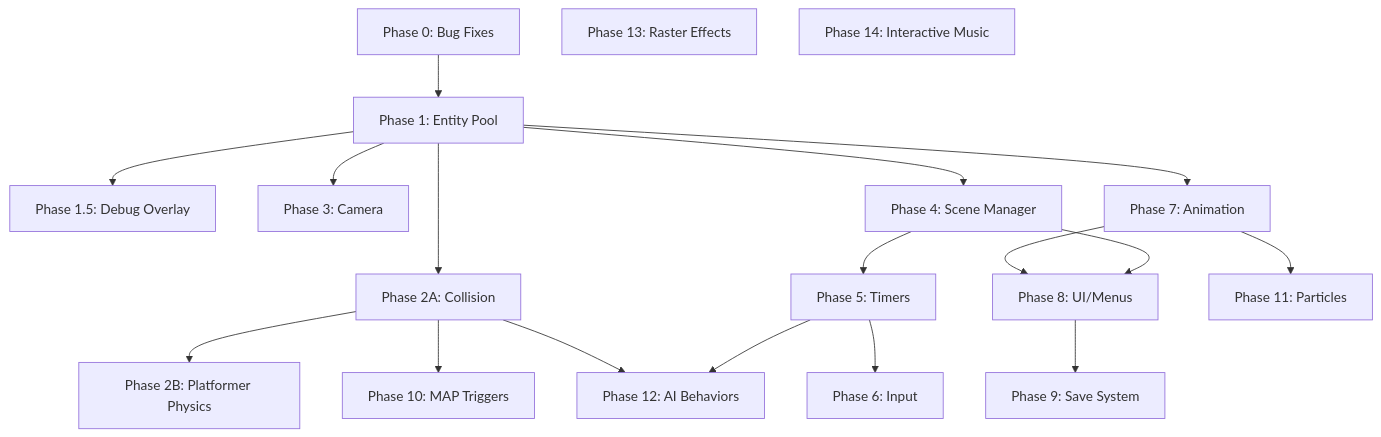
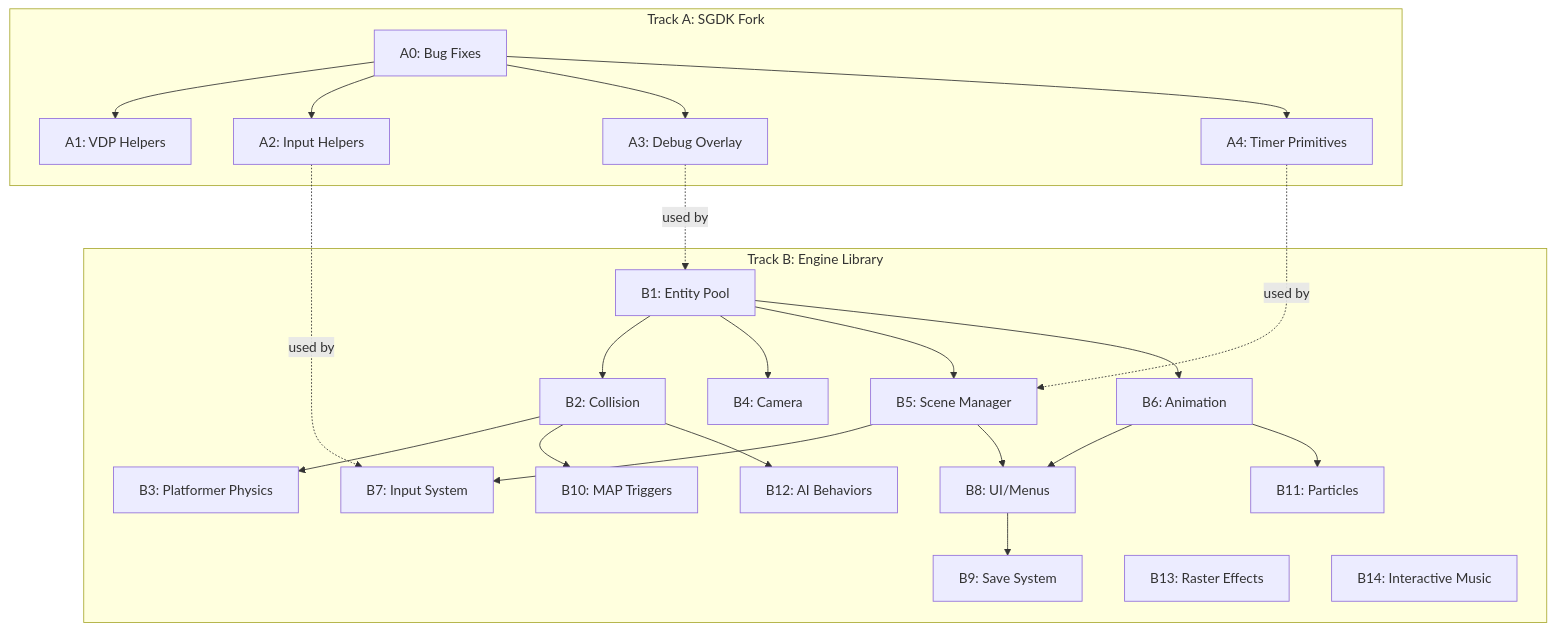
One commit to Project12x/SGDK changed the diagram in ROADMAP.md. Above: the diagram before and after it, drawn with Mermaid. The commit also changed other lines of this file, not shown here.

````diff
--- a/ROADMAP.md
+++ b/ROADMAP.md
@@ -273,21 +154,49 @@
 ```mermaid
 graph TD
-    P0[Phase 0: Bug Fixes] --> P1[Phase 1: Entity Pool]
-    P1 --> P1_5[Phase 1.5: Debug Overlay]
-    P1 --> P2A[Phase 2A: Collision]
-    P1 --> P3[Phase 3: Camera]
-    P1 --> P4[Phase 4: Scene Manager]
-    P1 --> P7[Phase 7: Animation]
-    P2A --> P2B[Phase 2B: Platformer Physics]
-    P2A --> P10[Phase 10: MAP Triggers]
-    P2A --> P12[Phase 12: AI Behaviors]
-    P4 --> P5[Phase 5: Timers]
-    P5 --> P6[Phase 6: Input]
-    P5 --> P12
-    P7 --> P8[Phase 8: UI/Menus]
-    P4 --> P8
-    P8 --> P9[Phase 9: Save System]
-    P7 --> P11[Phase 11: Particles]
-    P13[Phase 13: Raster Effects]
-    P14[Phase 14: Interactive Music]
+    subgraph "Track A: SGDK Fork"
+        A0[A0: Bug Fixes]
+        A1[A1: VDP Helpers]
+        A2[A2: Input Helpers]
+        A3[A3: Debug Overlay]
+        A4[A4: Timer Primitives]
+    end
+
+    subgraph "Track B: Engine Library"
+        B1[B1: Entity Pool]
+        B2[B2: Collision]
+        B3[B3: Platformer Physics]
+        B4[B4: Camera]
+        B5[B5: Scene Manager]
+        B6[B6: Animation]
+        B7[B7: Input System]
+        B8[B8: UI/Menus]
+        B9[B9: Save System]
+        B10[B10: MAP Triggers]
+        B11[B11: Particles]
+        B12[B12: AI Behaviors]
+        B13[B13: Raster Effects]
+        B14[B14: Interactive Music]
+    end
+
+    A0 --> A1
+    A0 --> A2
+    A0 --> A3
+    A0 --> A4
+
+    B1 --> B2
+    B1 --> B4
+    B1 --> B5
+    B1 --> B6
+    B2 --> B3
+    B2 --> B10
+    B2 --> B12
+    B5 --> B7
+    B5 --> B8
+    B6 --> B8
+    B6 --> B11
+    B8 --> B9
+
+    A2 -.->|"used by"| B7
+    A4 -.->|"used by"| B5
+    A3 -.->|"used by"| B1
 ```
````
